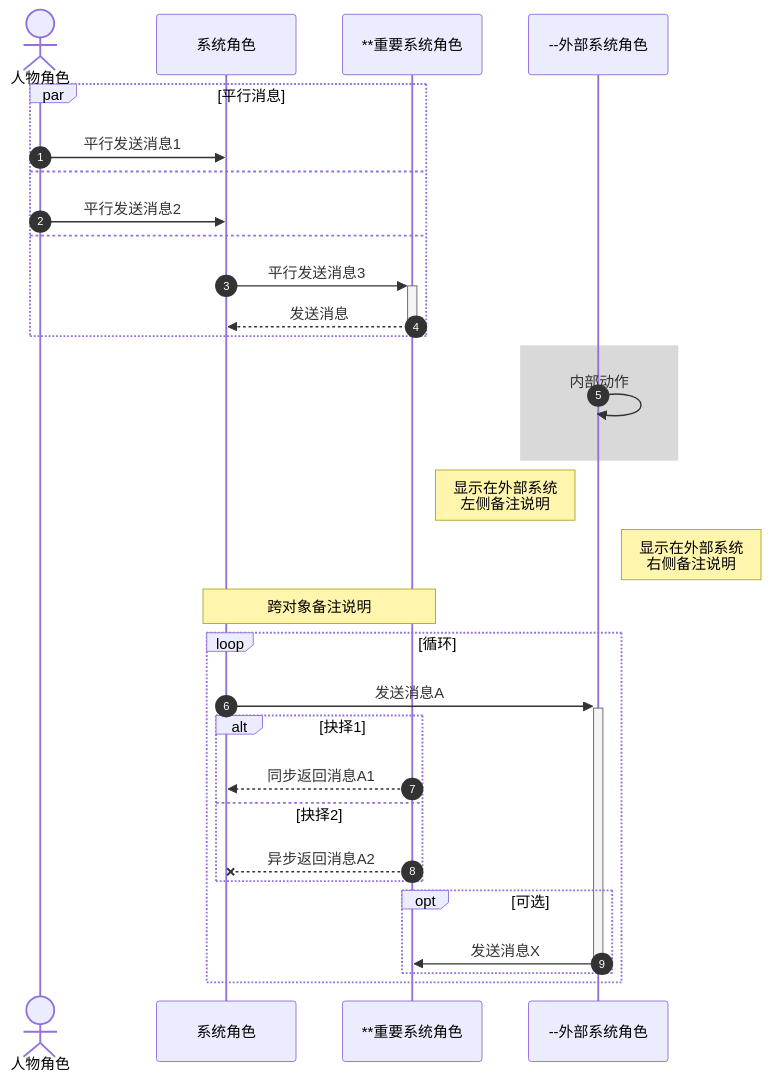
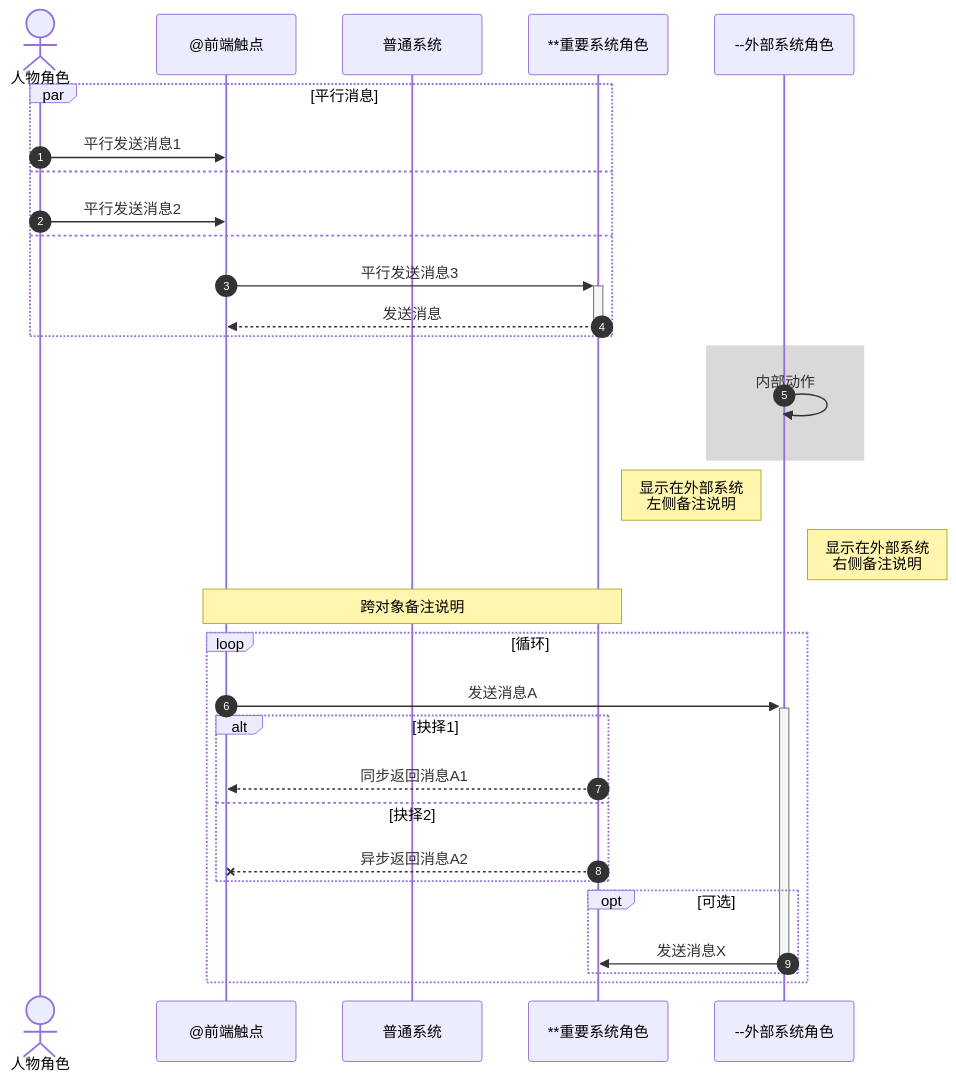
One commit to MadMaxChow/VLOOK changed the fourth of 20 diagrams in released/demo/chart.md. Above: the diagram before and after it, drawn with Mermaid. The commit also changed other lines of this file and 58 other files, not shown here.

````diff
--- a/released/demo/chart.md
+++ b/released/demo/chart.md
@@ -220,39 +222,40 @@
 ```mermaid
 sequenceDiagram
 %% 设置显示消息的自动编号
 autonumber
 
 actor User as 人物角色
-participant Client as 系统角色
+participant Client as @前端触点
+participant MP as 普通系统
 participant Server as **重要系统角色
 participant Extend as --外部系统角色
 
 par 平行消息
 	User ->> Client: 平行发送消息1
 and
 	User ->> Client: 平行发送消息2
 and
   Client ->>+ Server: 平行发送消息3
   Server -->>- Client: 发送消息
 end
 
 %% 设置区域高亮
 rect rgba(128, 128, 128, 0.3)
 	Extend ->> Extend: 内部动作
 end
 
 Note left of Extend: 显示在外部系统<br>左侧备注说明
 Note right of Extend: 显示在外部系统<br>右侧备注说明
 Note over Client,Server: 跨对象备注说明
 loop 循环
 	Client ->>+ Extend: 发送消息A
 	alt 抉择1
 		Server -->> Client: 同步返回消息A1
 	else 抉择2
 		Server --X Client: 异步返回消息A2
 	end
 	opt 可选
 		Extend ->>- Server: 发送消息X
 	end
 end
 ```
````
